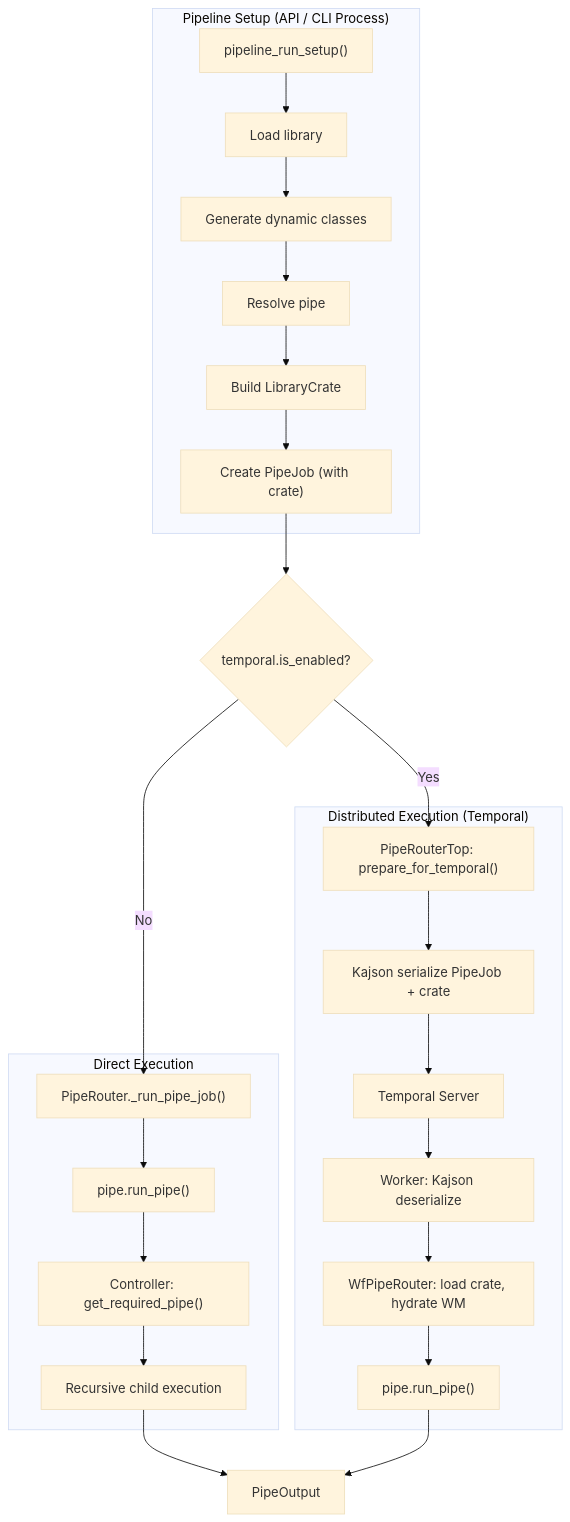
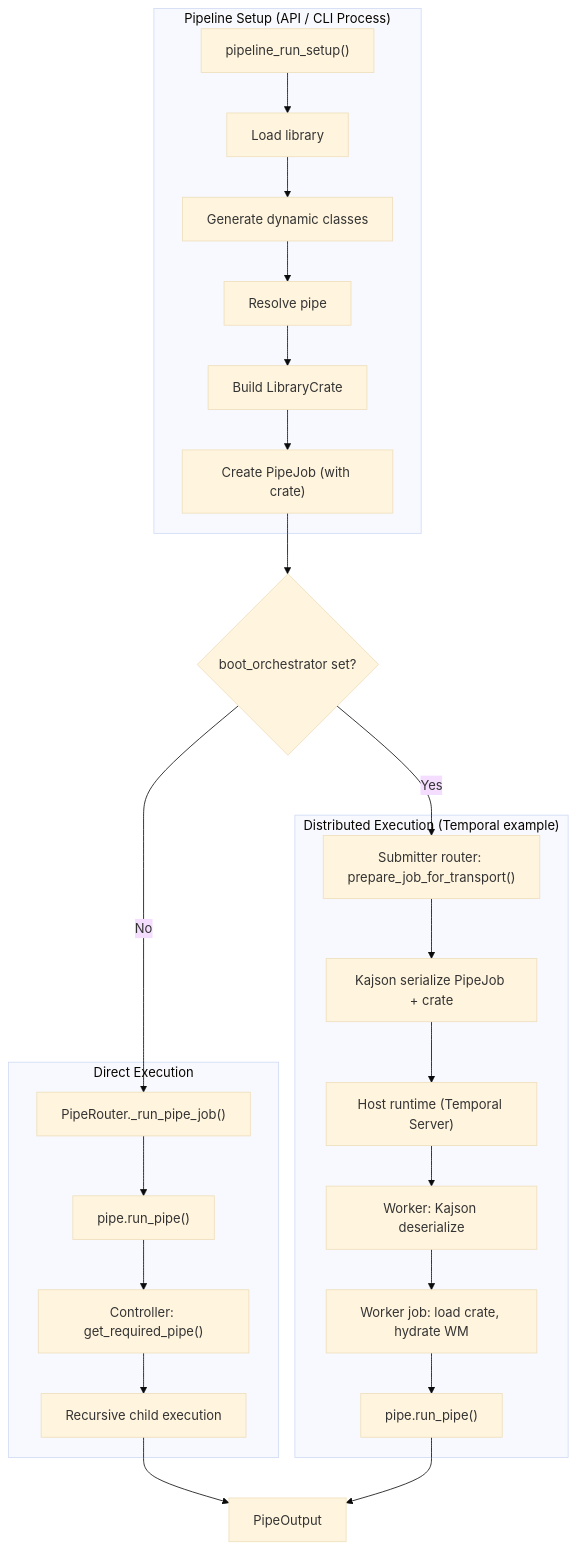
One commit to Pipelex/pipelex changed the second of 2 diagrams in docs/under-the-hood/pipe-routing-and-execution.md. Above: the diagram before and after it, drawn with Mermaid (base theme). The commit also changed other lines of this file and 458 other files, not shown here.

````diff
--- a/docs/under-the-hood/pipe-routing-and-execution.md
+++ b/docs/under-the-hood/pipe-routing-and-execution.md
@@ -287,40 +248,40 @@
 ```mermaid
 flowchart TB
     subgraph Setup["Pipeline Setup (API / CLI Process)"]
         S1["pipeline_run_setup()"]
         S2["Load library"]
         S3["Generate dynamic classes"]
         S4["Resolve pipe"]
         S5["Build LibraryCrate"]
         S6["Create PipeJob (with crate)"]
         S1 --> S2 --> S3 --> S4 --> S5 --> S6
     end
 
-    S6 --> Decision{temporal.is_enabled?}
+    S6 --> Decision{boot_orchestrator set?}
 
     subgraph Direct["Direct Execution"]
         D1["PipeRouter._run_pipe_job()"]
         D2["pipe.run_pipe()"]
         D3["Controller: get_required_pipe()"]
         D4["Recursive child execution"]
         D1 --> D2
         D2 --> D3
         D3 --> D4
     end
 
-    subgraph Distributed["Distributed Execution (Temporal)"]
-        T1["PipeRouterTop: prepare_for_temporal()"]
+    subgraph Distributed["Distributed Execution (Temporal example)"]
+        T1["Submitter router: prepare_job_for_transport()"]
         T2["Kajson serialize PipeJob + crate"]
-        T3["Temporal Server"]
+        T3["Host runtime (Temporal Server)"]
         T4["Worker: Kajson deserialize"]
-        T5["WfPipeRouter: load crate, hydrate WM"]
+        T5["Worker job: load crate, hydrate WM"]
         T6["pipe.run_pipe()"]
         T1 --> T2 --> T3 --> T4 --> T5 --> T6
     end
 
     Decision -- No --> D1
     Decision -- Yes --> T1
 
     D4 --> Result["PipeOutput"]
     T6 --> Result
 ```
````
